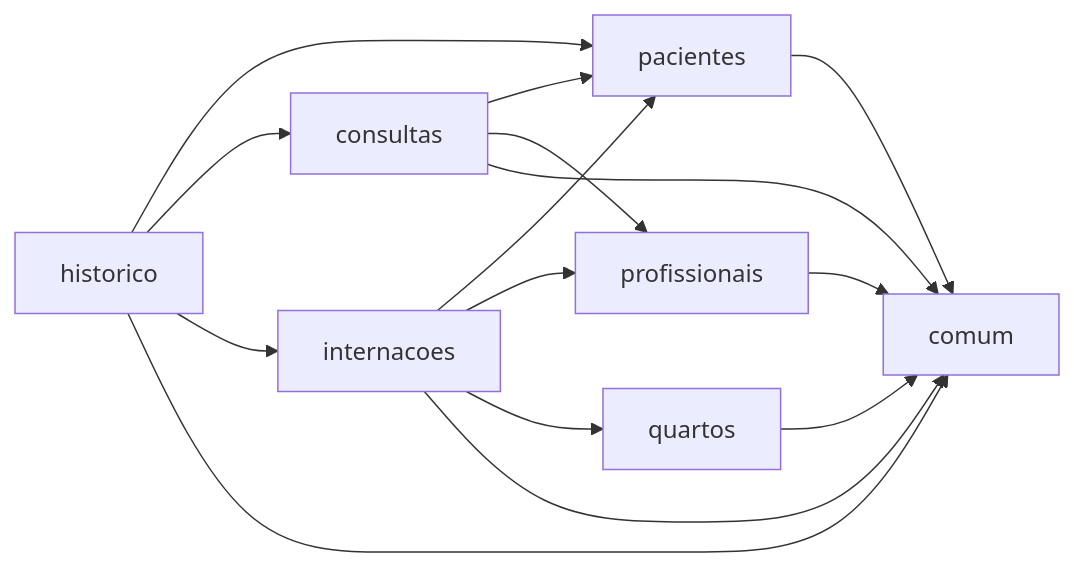
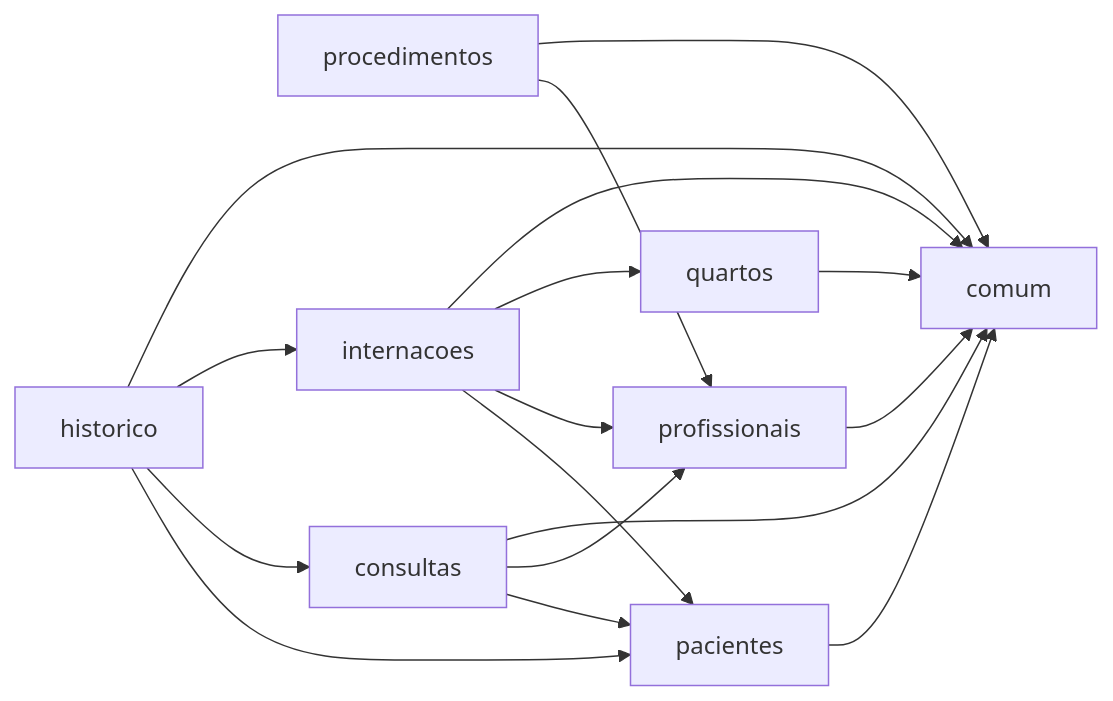
The diagram in modulos/README.md (GustavoAlbuquerquee/vitalis), drawn with Mermaid before and after one commit. The commit also changed other lines of this file and 69 other files, not shown here.

````diff
--- a/modulos/README.md
+++ b/modulos/README.md
@@ -7,26 +7,29 @@
 ```mermaid
 flowchart LR
     PAC["pacientes"]
     PRO["profissionais"]
+    PROC["procedimentos"]
     CON["consultas"]
     INT["internacoes"]
     QUA["quartos"]
     HIS["historico"]
     COM["comum"]
 
     CON --> PAC
     CON --> PRO
     INT --> PAC
     INT --> PRO
     INT --> QUA
+    PROC --> PRO
     HIS --> PAC
     HIS --> CON
     HIS --> INT
 
     PAC --> COM
     PRO --> COM
+    PROC --> COM
     CON --> COM
     INT --> COM
     QUA --> COM
     HIS --> COM
 ```
````
